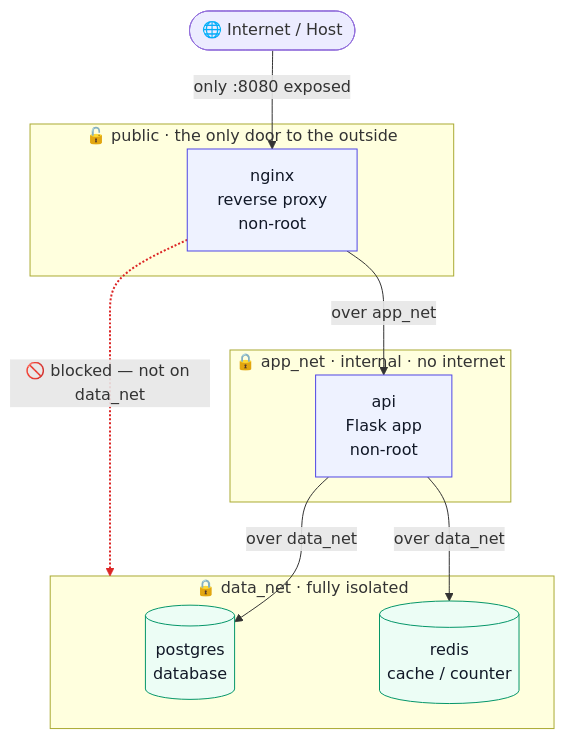
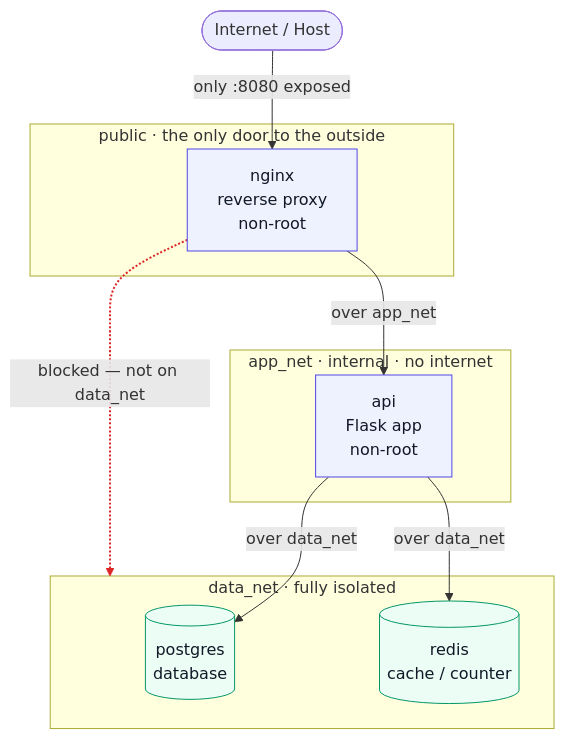
Before and after one commit to furkan-akkaya/capstone-docker: the diagram in README.md, drawn with Mermaid. The commit also changed other lines of this file and 1 other file, not shown here.

````diff
--- a/README.md
+++ b/README.md
@@ -43,29 +43,29 @@
 ```mermaid
 flowchart TB
-    client(["🌐 Internet / Host"])
+    client(["Internet / Host"])
 
-    subgraph PUB["🔓 public · the only door to the outside"]
+    subgraph PUB["public · the only door to the outside"]
         nginx["nginx<br/>reverse proxy<br/>non-root"]
     end
 
-    subgraph APP["🔒 app_net · internal · no internet"]
+    subgraph APP["app_net · internal · no internet"]
         api["api<br/>Flask app<br/>non-root"]
     end
 
-    subgraph DATA["🔒 data_net · fully isolated"]
+    subgraph DATA["data_net · fully isolated"]
         postgres[("postgres<br/>database")]
         redis[("redis<br/>cache / counter")]
     end
 
     client -->|"only :8080 exposed"| nginx
     nginx -->|"over app_net"| api
     api -->|"over data_net"| postgres
     api -->|"over data_net"| redis
-    nginx -. "🚫 blocked — not on data_net" .-> DATA
+    nginx -. "blocked — not on data_net" .-> DATA
 
     classDef svc fill:#eef2ff,stroke:#4f46e5,color:#111827;
     classDef db fill:#ecfdf5,stroke:#059669,color:#111827;
     class nginx,api svc;
     class postgres,redis db;
     linkStyle 4 stroke:#dc2626,stroke-width:2px;
 ```
````
